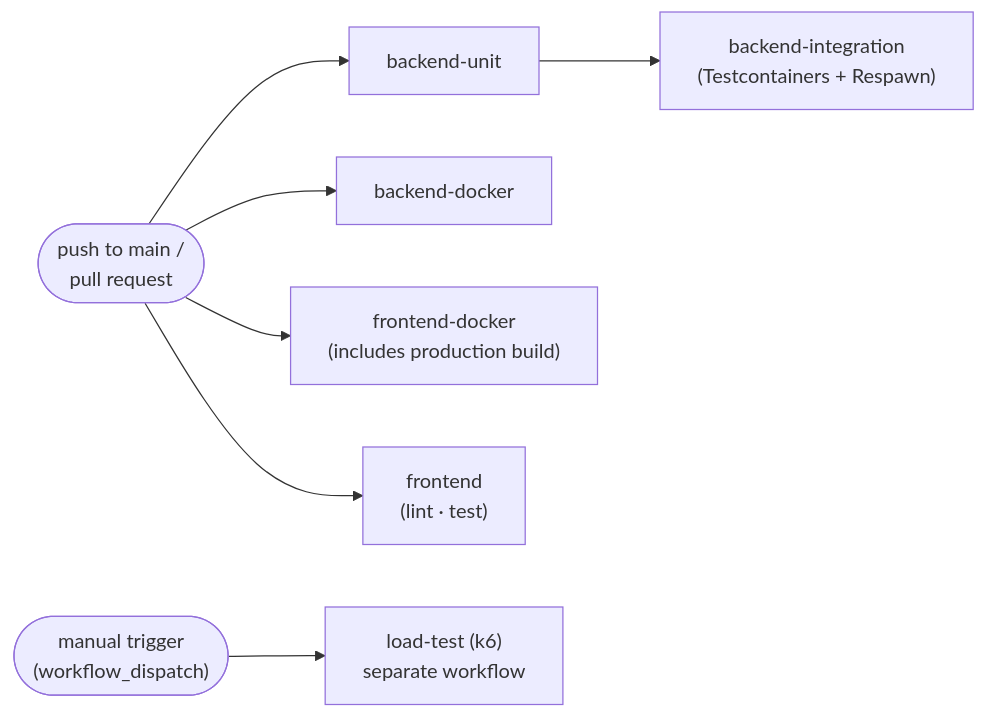
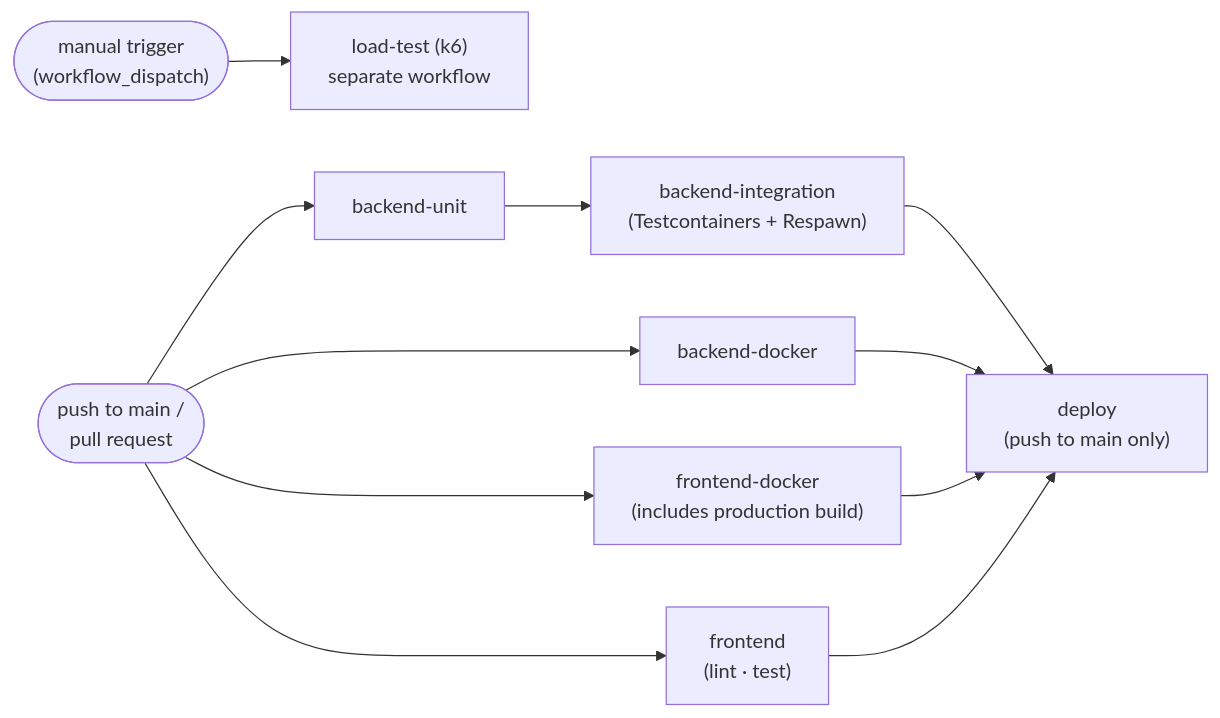
One commit to tony-engineering/storefront-blueprint changed the fourth of 4 diagrams in ARCHITECTURE.md. Above: the diagram before and after it, drawn with Mermaid. The commit also changed other lines of this file and 12 other files, not shown here.

First line of the commit message:
Deploy to Scaleway Kapsule on every green push to main

````diff
--- a/ARCHITECTURE.md
+++ b/ARCHITECTURE.md
@@ -386,10 +387,11 @@
 ```mermaid
 flowchart LR
     Push(["push to main /<br/>pull request"]) --> Unit["backend-unit"]
     Unit --> Int["backend-integration<br/>(Testcontainers + Respawn)"]
     Push --> BeDocker["backend-docker"]
     Push --> FeDocker["frontend-docker<br/>(includes production build)"]
     Push --> Fe["frontend<br/>(lint · test)"]
+    Int & BeDocker & FeDocker & Fe --> Deploy["deploy<br/>(push to main only)"]
 
     Manual(["manual trigger<br/>(workflow_dispatch)"]) --> Load["load-test (k6)<br/>separate workflow"]
 ```
````
